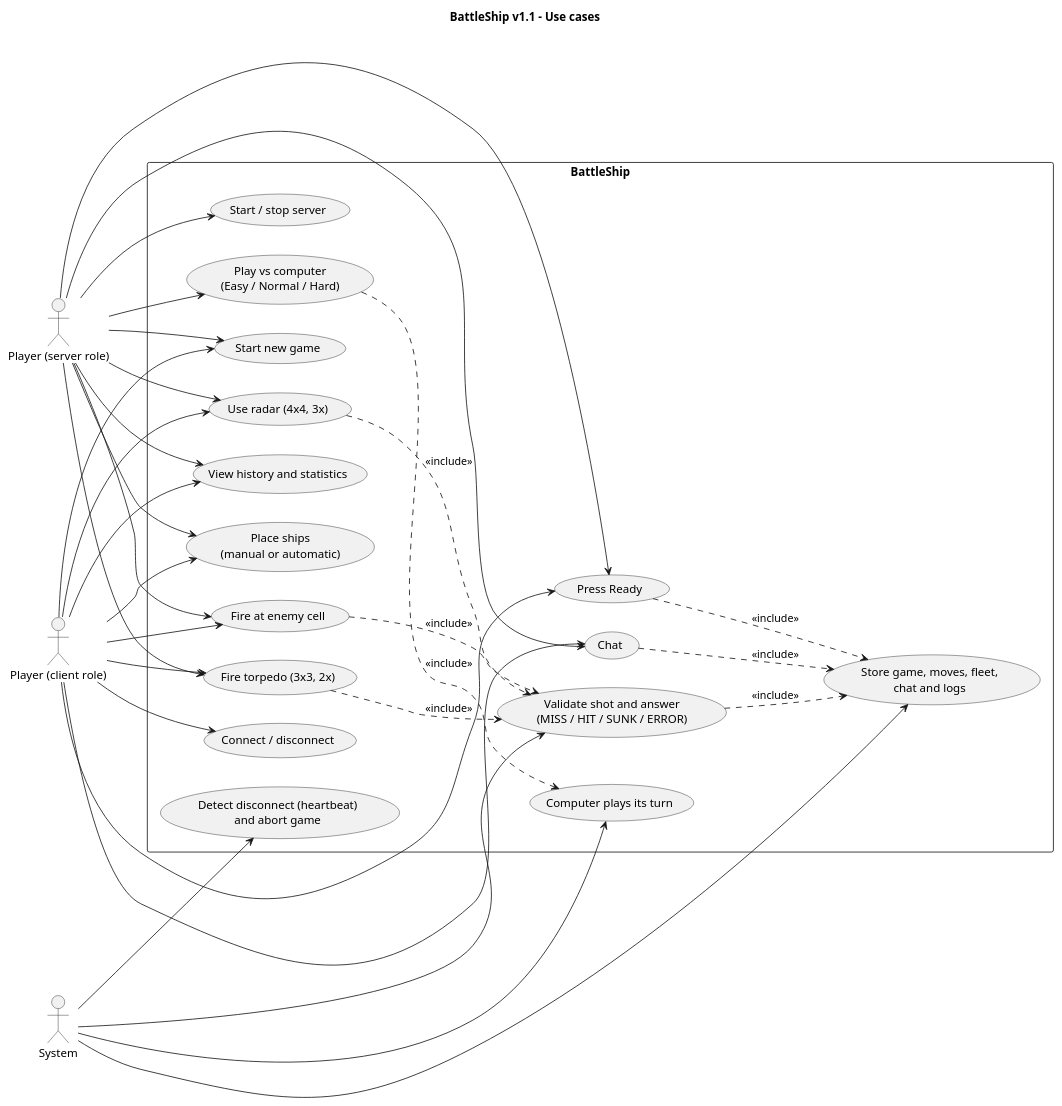
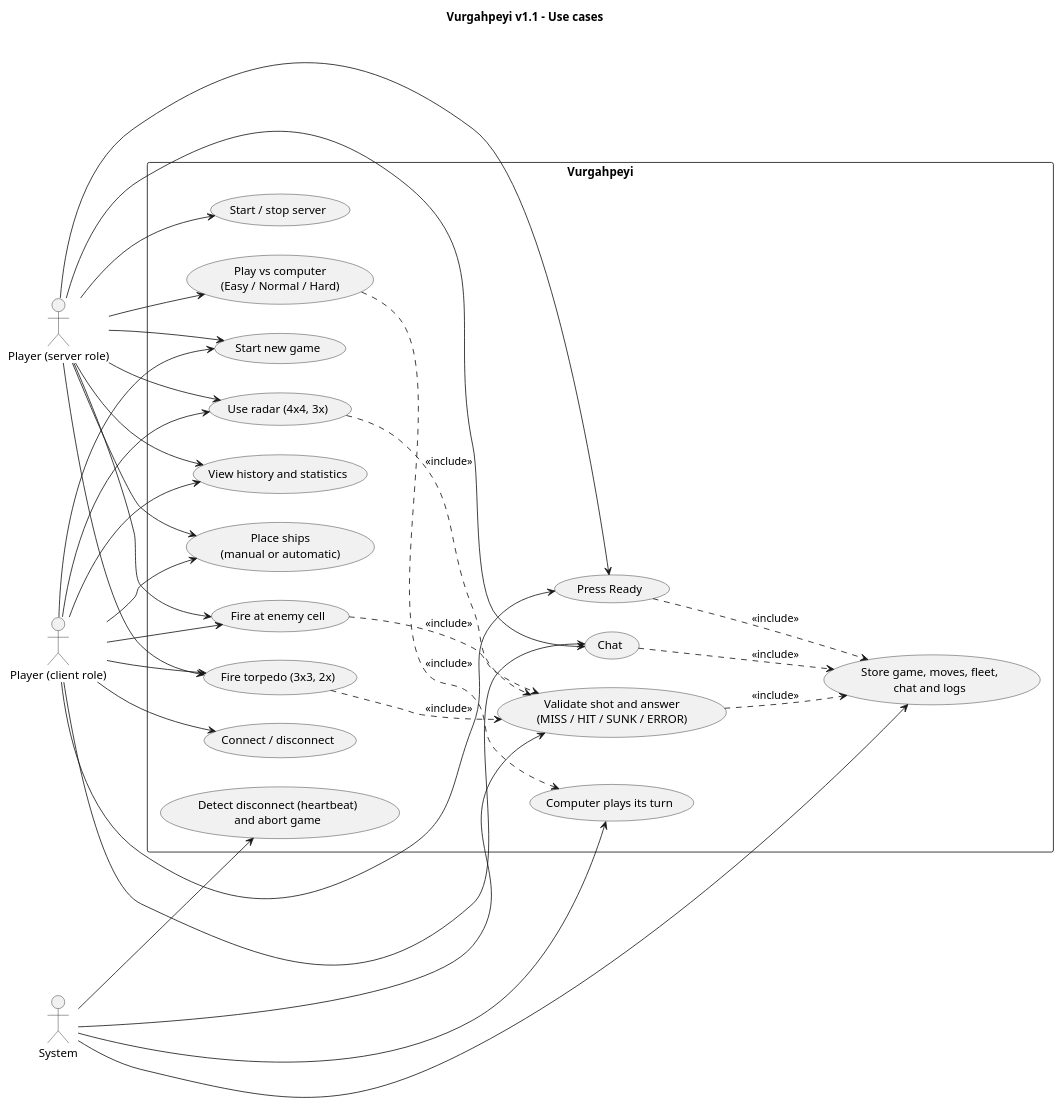
Before and after one commit to okantao/vurgahpeyi: the diagram in docs/diagrams/usecase.puml, drawn with PlantUML. The commit also changed 13 other files, not shown here.

```diff
--- a/docs/diagrams/usecase.puml
+++ b/docs/diagrams/usecase.puml
@@ -1,58 +1,58 @@
 @startuml usecase
-title BattleShip v1.1 - Use cases
+title Vurgahpeyi v1.1 - Use cases
 left to right direction
 
 actor "Player (server role)" as Server
 actor "Player (client role)" as Client
 actor "System" as System
 
-rectangle BattleShip {
+rectangle Vurgahpeyi {
   usecase "Start / stop server" as UC1
   usecase "Connect / disconnect" as UC2
   usecase "Place ships\n(manual or automatic)" as UC3
   usecase "Press Ready" as UC4
   usecase "Fire at enemy cell" as UC5
   usecase "Use radar (4x4, 3x)" as UC12
   usecase "Fire torpedo (3x3, 2x)" as UC13
   usecase "Play vs computer\n(Easy / Normal / Hard)" as UC14
   usecase "Computer plays its turn" as UC15
   usecase "Chat" as UC6
   usecase "View history and statistics" as UC7
   usecase "Start new game" as UC8
   usecase "Validate shot and answer\n(MISS / HIT / SUNK / ERROR)" as UC9
   usecase "Store game, moves, fleet,\nchat and logs" as UC10
   usecase "Detect disconnect (heartbeat)\nand abort game" as UC11
 }
 
 Server --> UC1
 Client --> UC2
 Server --> UC3
 Client --> UC3
 Server --> UC4
 Client --> UC4
 Server --> UC5
 Client --> UC5
 Server --> UC6
 Client --> UC6
 Server --> UC7
 Client --> UC7
 Server --> UC8
 Client --> UC8
 
 UC5 ..> UC9 : <<include>>
 UC12 ..> UC9 : <<include>>
 UC13 ..> UC9 : <<include>>
 Server --> UC12
 Client --> UC12
 Server --> UC13
 Client --> UC13
 Server --> UC14
 UC14 ..> UC15 : <<include>>
 System --> UC15
 UC9 ..> UC10 : <<include>>
 UC4 ..> UC10 : <<include>>
 UC6 ..> UC10 : <<include>>
 System --> UC9
 System --> UC10
 System --> UC11
 @enduml
```
